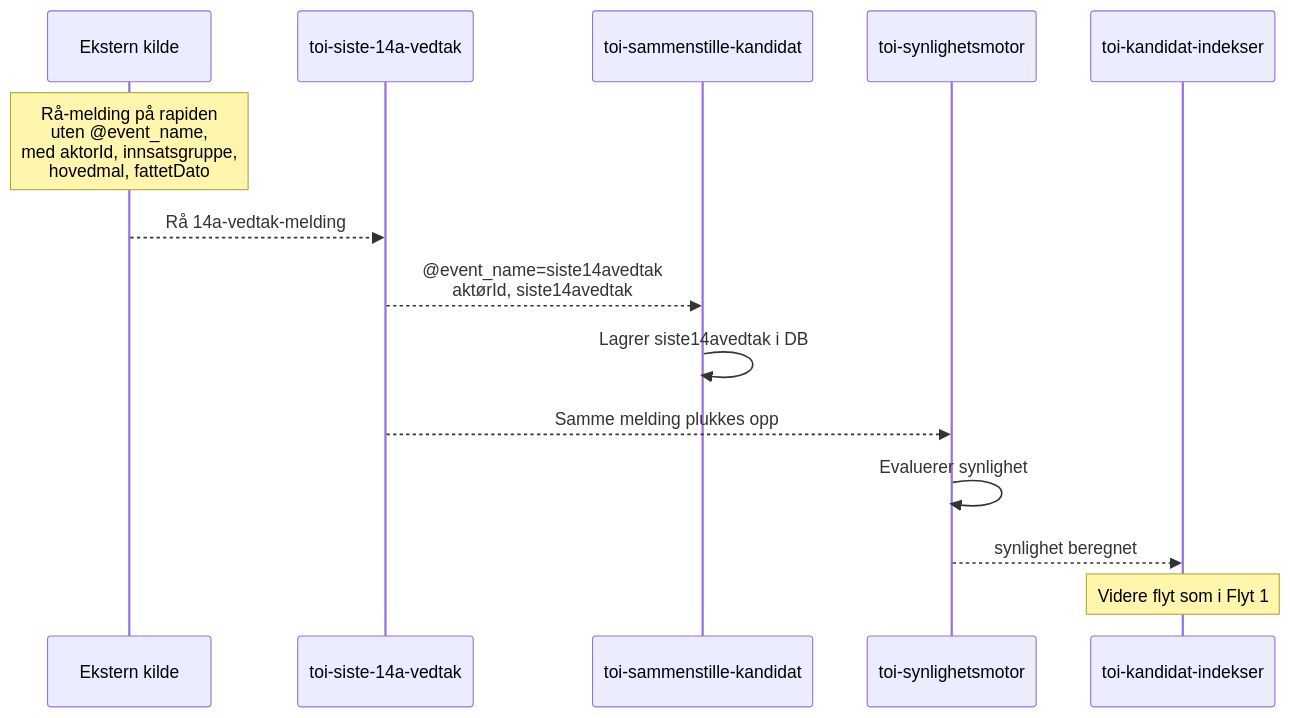
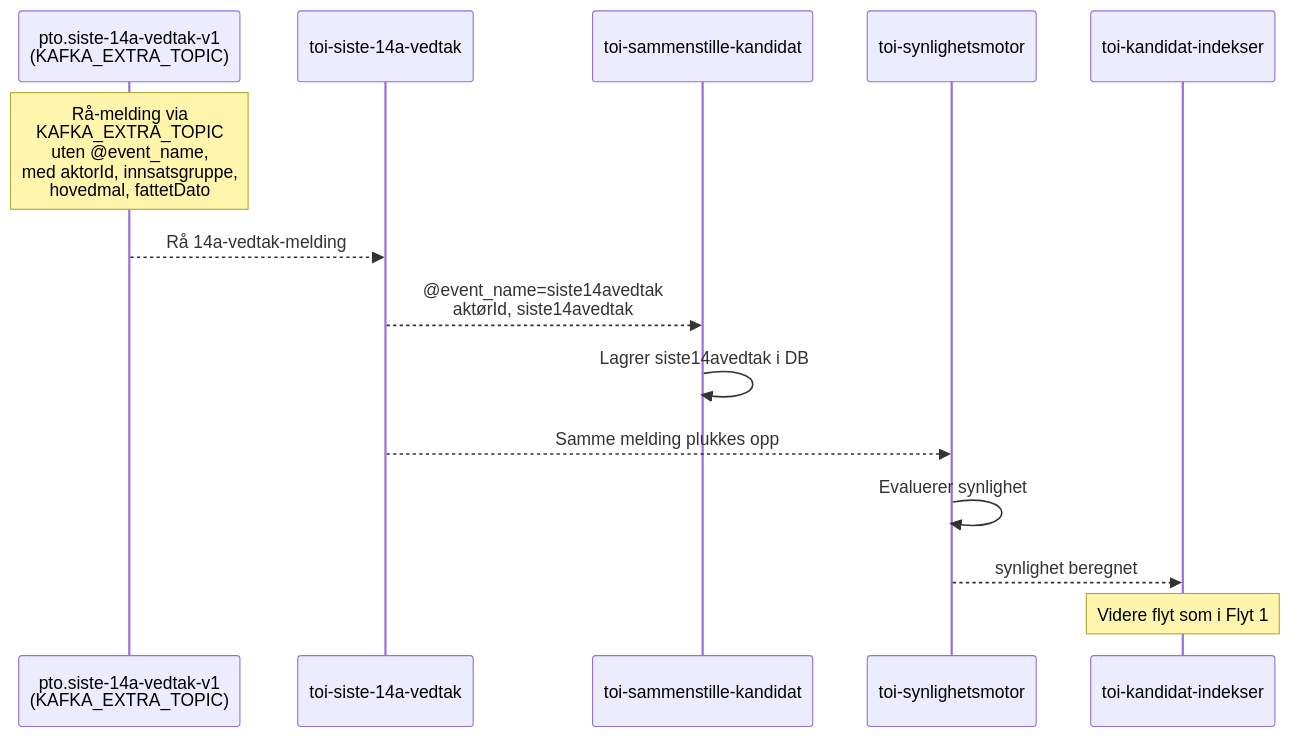
One commit to navikt/toi-rapids-and-rivers changed the sixth of 11 diagrams in MELDINGSFLYTER.md. Above: the diagram before and after it, drawn with Mermaid. The commit also changed other lines of this file, not shown here.

Commit message:
Oppdater meldingsflyt diagram

````diff
--- a/MELDINGSFLYTER.md
+++ b/MELDINGSFLYTER.md
@@ -271,17 +283,17 @@
 ```mermaid
 sequenceDiagram
-    participant EKS as Ekstern kilde
+    participant EKS as pto.siste-14a-vedtak-v1<br/>(KAFKA_EXTRA_TOPIC)
     participant V14 as toi-siste-14a-vedtak
     participant SAM as toi-sammenstille-kandidat
     participant SYN as toi-synlighetsmotor
     participant IND as toi-kandidat-indekser
 
-    Note over EKS: Rå-melding på rapiden<br/>uten @event_name,<br/>med aktorId, innsatsgruppe,<br/>hovedmal, fattetDato
+    Note over EKS: Rå-melding via<br/>KAFKA_EXTRA_TOPIC<br/>uten @event_name,<br/>med aktorId, innsatsgruppe,<br/>hovedmal, fattetDato
     EKS-->>V14: Rå 14a-vedtak-melding
     V14-->>SAM: @event_name=siste14avedtak<br/>aktørId, siste14avedtak
     SAM->>SAM: Lagrer siste14avedtak i DB
     V14-->>SYN: Samme melding plukkes opp
     SYN->>SYN: Evaluerer synlighet
     SYN-->>IND: synlighet beregnet
     Note over IND: Videre flyt som i Flyt 1
 ```
````
